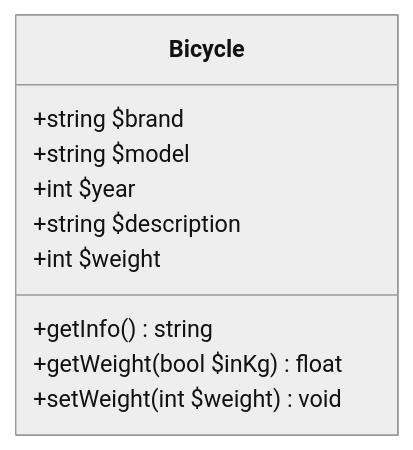
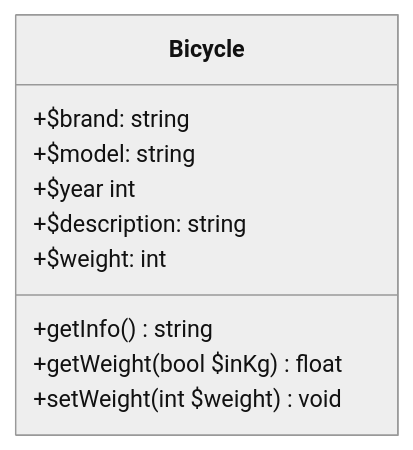
One commit to ludovic-esperce/php-poo-learning changed the first of 5 diagrams in README.md. Above: the diagram before and after it, drawn with Mermaid (neutral theme). The commit also changed other lines of this file, not shown here.

````diff
--- a/README.md
+++ b/README.md
@@ -23,13 +23,13 @@
 ```mermaid
 classDiagram
     class Bicycle {
-        +string $brand
-        +string $model
-        +int $year
-        +string $description
-        +int $weight
+        +$brand: string
+        +$model: string
+        +$year int
+        +$description: string
+        +$weight: int
         +getInfo() string
         +getWeight(bool $inKg) float
         +setWeight(int $weight) void
     }
 ```
````
